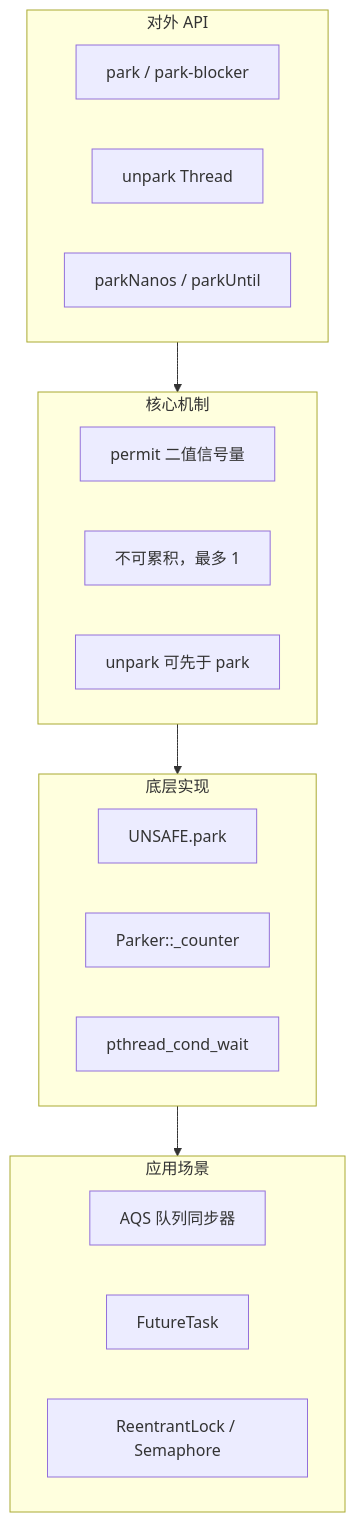
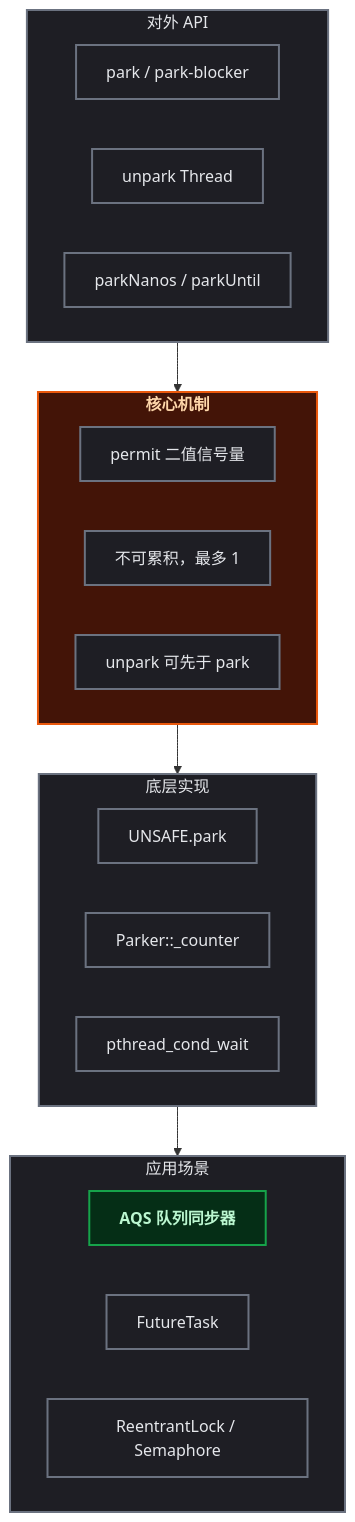
The seventh of 7 diagrams in content/posts/concurrency/LockSupport.md (yaocat55/yaocat55.github.io), drawn with Mermaid before and after one commit. The commit also changed other lines of this file and 155 other files, not shown here.

````diff
--- a/content/posts/concurrency/LockSupport.md
+++ b/content/posts/concurrency/LockSupport.md
@@ -454,24 +468,32 @@
 ```mermaid
 flowchart TD
+%% 半暗底色 + 高亮描边：完美适配博客深色/浅色双主题 %%
+classDef process fill:#1e1e24,stroke:#6b7280,stroke-width:2px,color:#e5e7eb;
+classDef highlight fill:#431407,stroke:#ea580c,stroke-width:2px,color:#fed7aa,font-weight:bold;
+classDef data fill:#052e16,stroke:#16a34a,stroke-width:2px,color:#bbf7d0,font-weight:bold;
     subgraph API[对外 API]
         B1[park / park-blocker]
         B2[unpark Thread]
         B3[parkNanos / parkUntil]
     end
     subgraph CORE[核心机制]
         C1[permit 二值信号量]
         C2[不可累积，最多 1]
         C3[unpark 可先于 park]
     end
     subgraph IMPL[底层实现]
         D1[UNSAFE.park]
         D2[Parker::_counter]
         D3[pthread_cond_wait]
     end
     subgraph SCENE[应用场景]
         E1[AQS 队列同步器]
         E2[FutureTask]
         E3[ReentrantLock / Semaphore]
     end
     API --> CORE --> IMPL --> SCENE
+
+class E1 data;
+class CORE highlight;
+class API,B1,B2,B3,C1,C2,C3,D1,D2,D3,E2,E3,IMPL,SCENE process;
 ```
````
